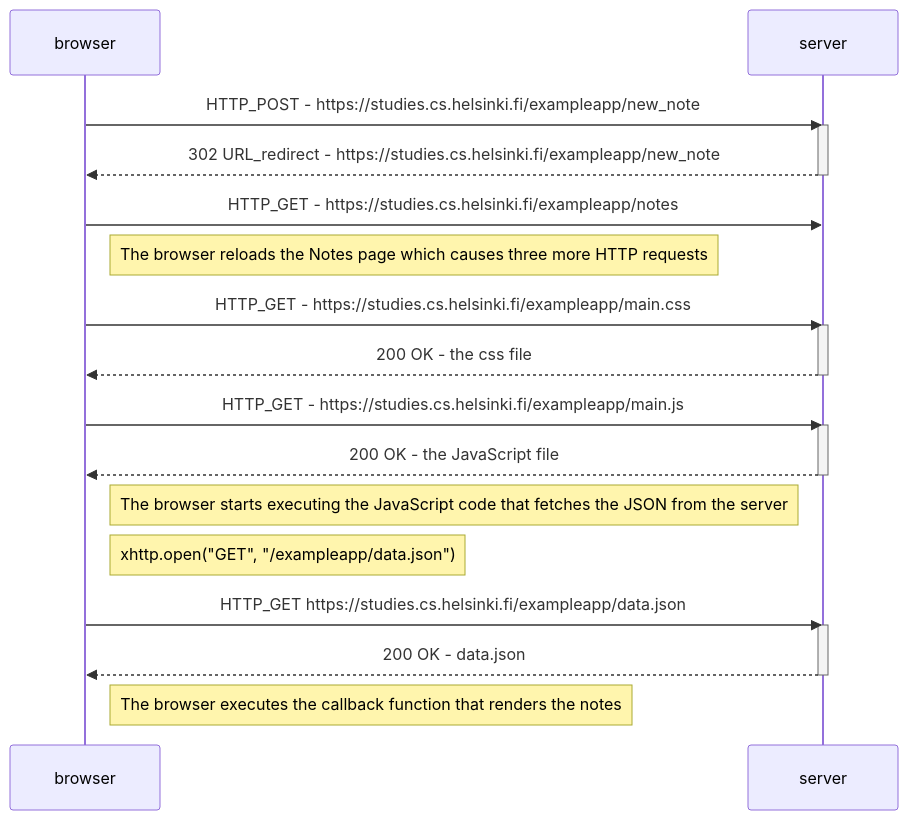
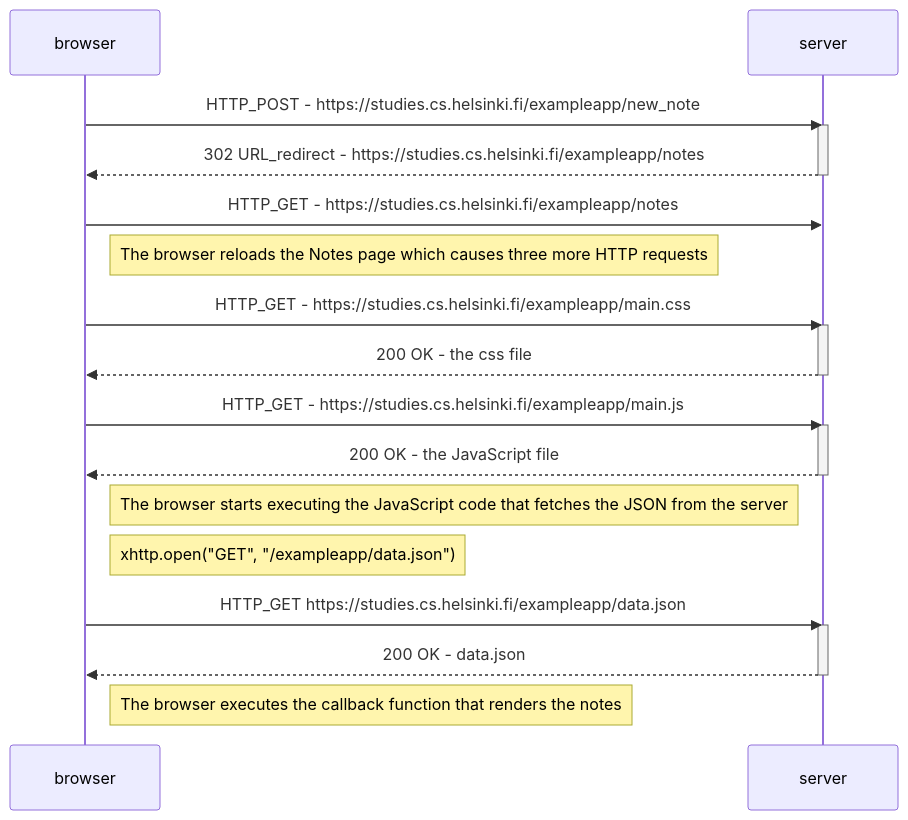
One commit to TomppeliG6-8/fullstack changed the diagram in Part0/0.4 - New note diagram/readme.md. Above: the diagram before and after it, drawn with Mermaid.

````diff
--- a/Part0/0.4 - New note diagram/readme.md
+++ b/Part0/0.4 - New note diagram/readme.md
@@ -1,32 +1,32 @@
 ```mermaid
 sequenceDiagram
     participant browser
     participant server
 
     browser->>server: HTTP_POST - https://studies.cs.helsinki.fi/exampleapp/new_note
     activate server
-    server-->>browser: 302 URL_redirect - https://studies.cs.helsinki.fi/exampleapp/new_note
+    server-->>browser: 302 URL_redirect - https://studies.cs.helsinki.fi/exampleapp/notes
     deactivate server
 
     browser->>server: HTTP_GET - https://studies.cs.helsinki.fi/exampleapp/notes
     Note right of browser: The browser reloads the Notes page which causes three more HTTP requests
     browser->>server: HTTP_GET - https://studies.cs.helsinki.fi/exampleapp/main.css
     activate server
     server-->>browser: 200 OK - the css file
     deactivate server
 
     browser->>server: HTTP_GET - https://studies.cs.helsinki.fi/exampleapp/main.js
     activate server
     server-->>browser: 200 OK - the JavaScript file
     deactivate server
 
     Note right of browser: The browser starts executing the JavaScript code that fetches the JSON from the server
     Note right of browser: xhttp.open("GET", "/exampleapp/data.json")
 
     browser->>server: HTTP_GET https://studies.cs.helsinki.fi/exampleapp/data.json
     activate server
     server-->>browser: 200 OK - data.json
     deactivate server
 
     Note right of browser: The browser executes the callback function that renders the notes
 ```
````
